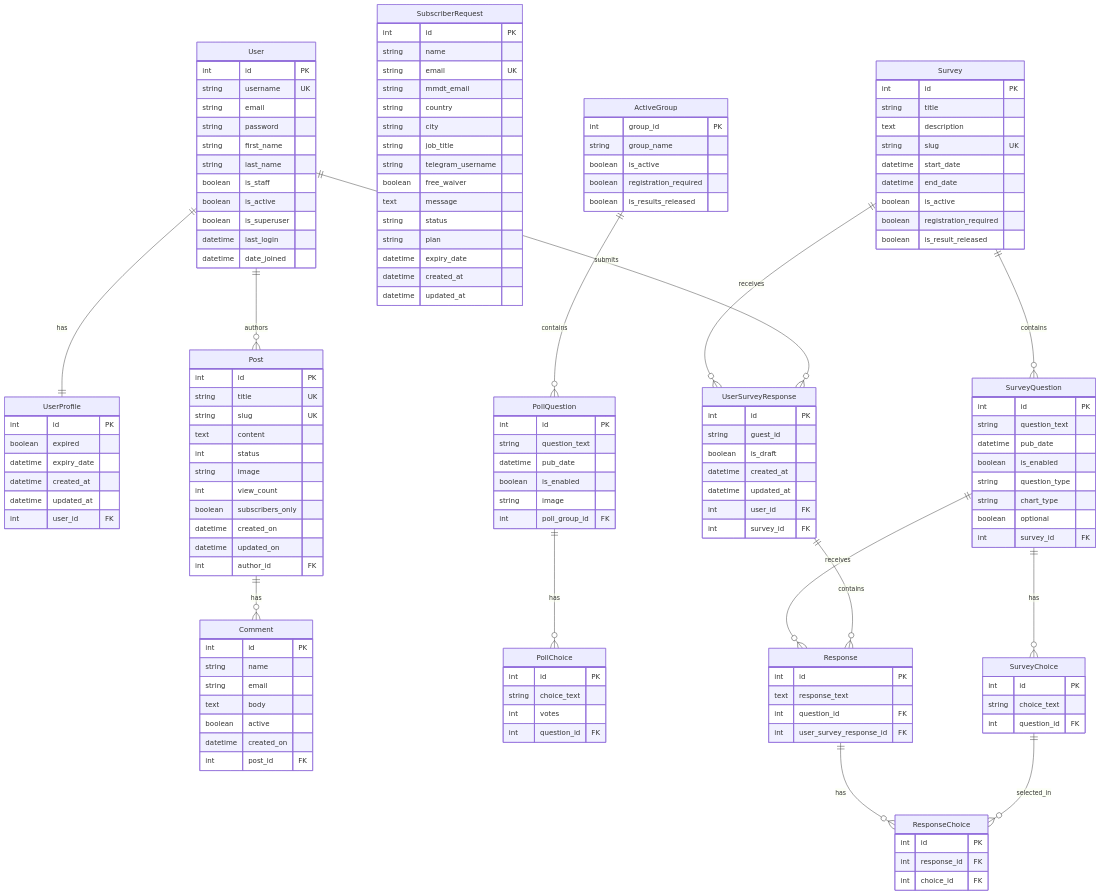
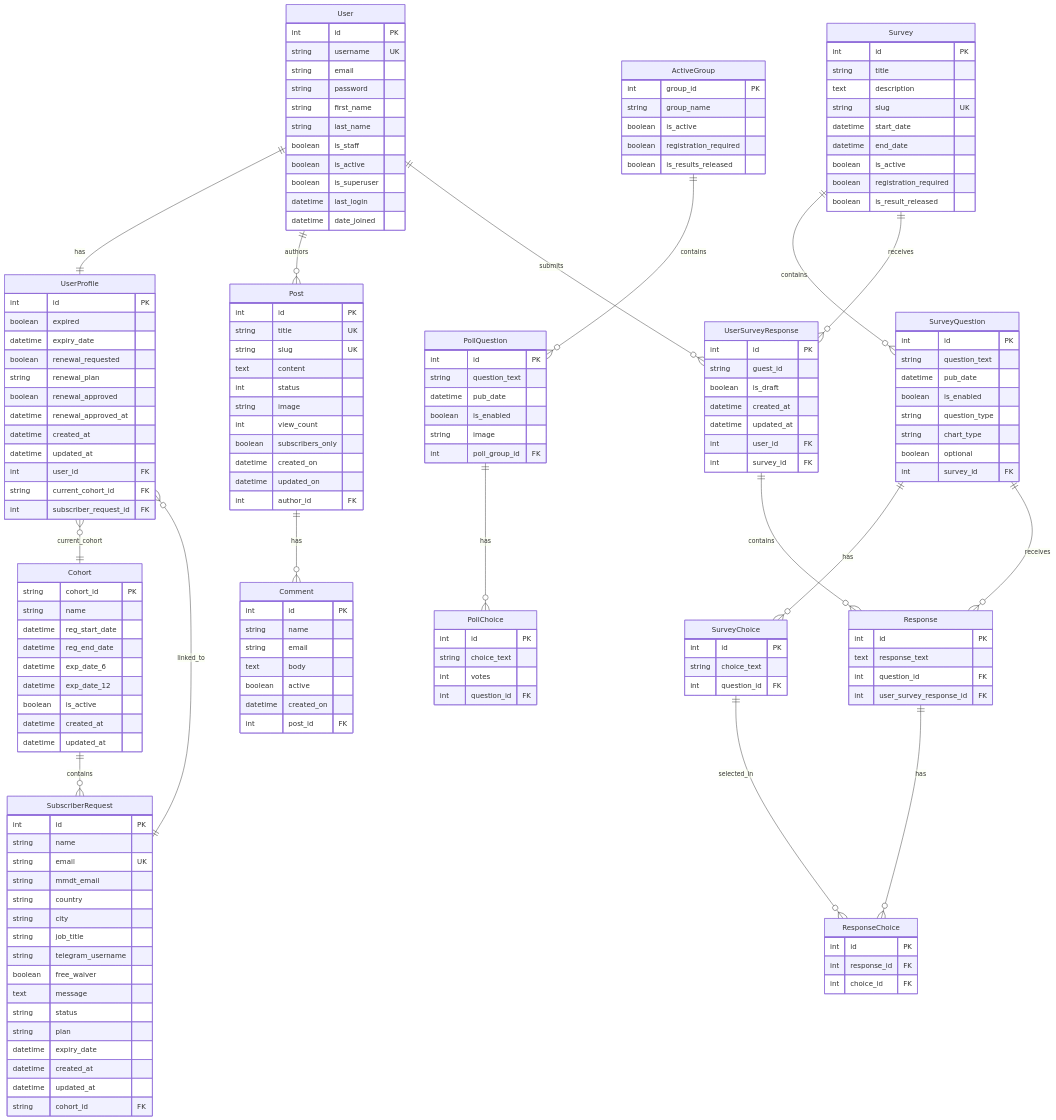
Before and after one commit to khinezarthwe/mmdt_web_app: the diagram in DATABASE_SCHEMA.md, drawn with Mermaid. The commit also changed other lines of this file and 15 other files, not shown here.

```diff
--- a/DATABASE_SCHEMA.md
+++ b/DATABASE_SCHEMA.md
@@ -23,12 +23,30 @@
         int id PK
         boolean expired
         datetime expiry_date
+        boolean renewal_requested
+        string renewal_plan
+        boolean renewal_approved
+        datetime renewal_approved_at
         datetime created_at
         datetime updated_at
         int user_id FK
+        string current_cohort_id FK
+        int subscriber_request_id FK
     }
 
     %% Blog App Models
+    Cohort {
+        string cohort_id PK
+        string name
+        datetime reg_start_date
+        datetime reg_end_date
+        datetime exp_date_6
+        datetime exp_date_12
+        boolean is_active
+        datetime created_at
+        datetime updated_at
+    }
+
     Post {
         int id PK
         string title UK
@@ -69,6 +87,7 @@
         datetime expiry_date
         datetime created_at
         datetime updated_at
+        string cohort_id FK
     }
 
     %% Polls App Models
@@ -151,8 +170,13 @@
 
     %% Relationships
     User ||--|| UserProfile : "has"
+    UserProfile }o--|| Cohort : "current_cohort"
+    UserProfile }o--|| SubscriberRequest : "linked_to"
+    
     User ||--o{ Post : "authors"
     Post ||--o{ Comment : "has"
+    
+    Cohort ||--o{ SubscriberRequest : "contains"
     
     ActiveGroup ||--o{ PollQuestion : "contains"
     PollQuestion ||--o{ PollChoice : "has"
```
